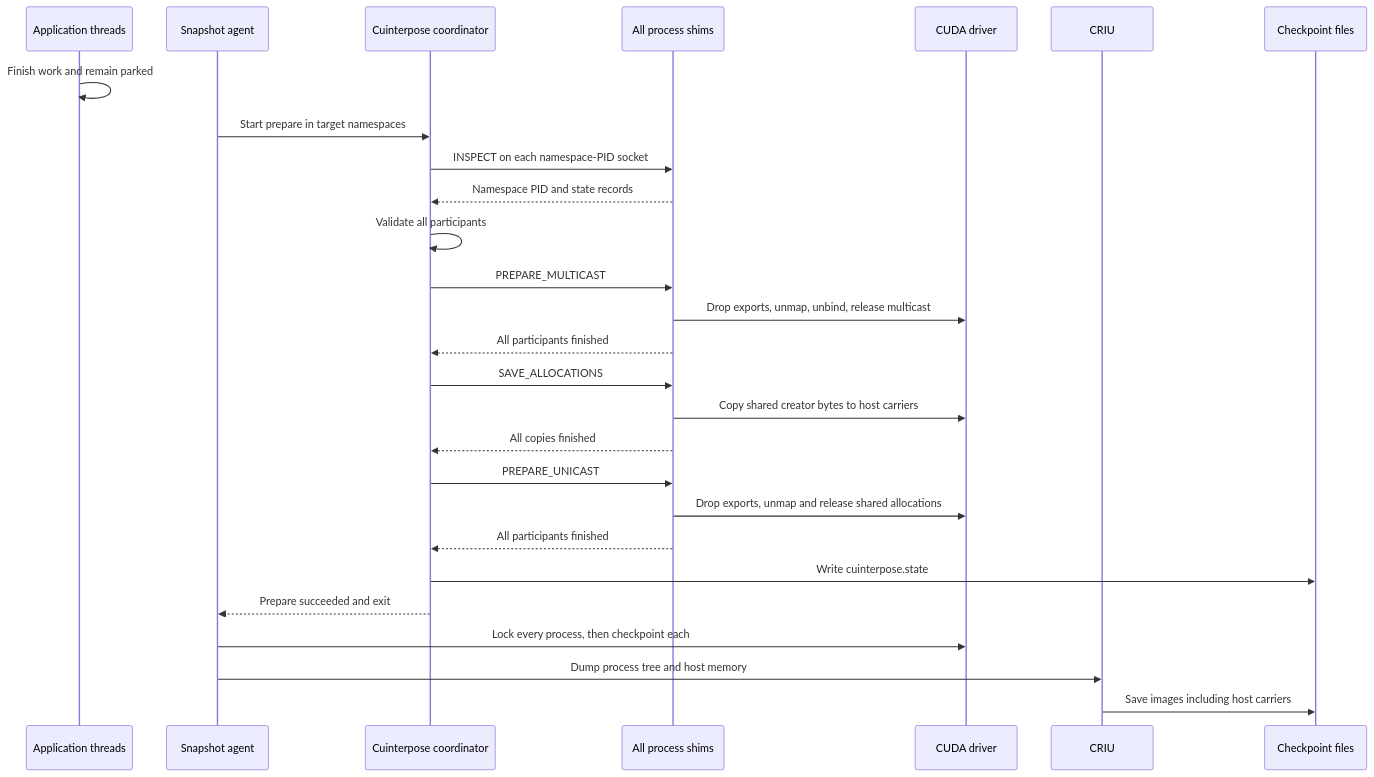
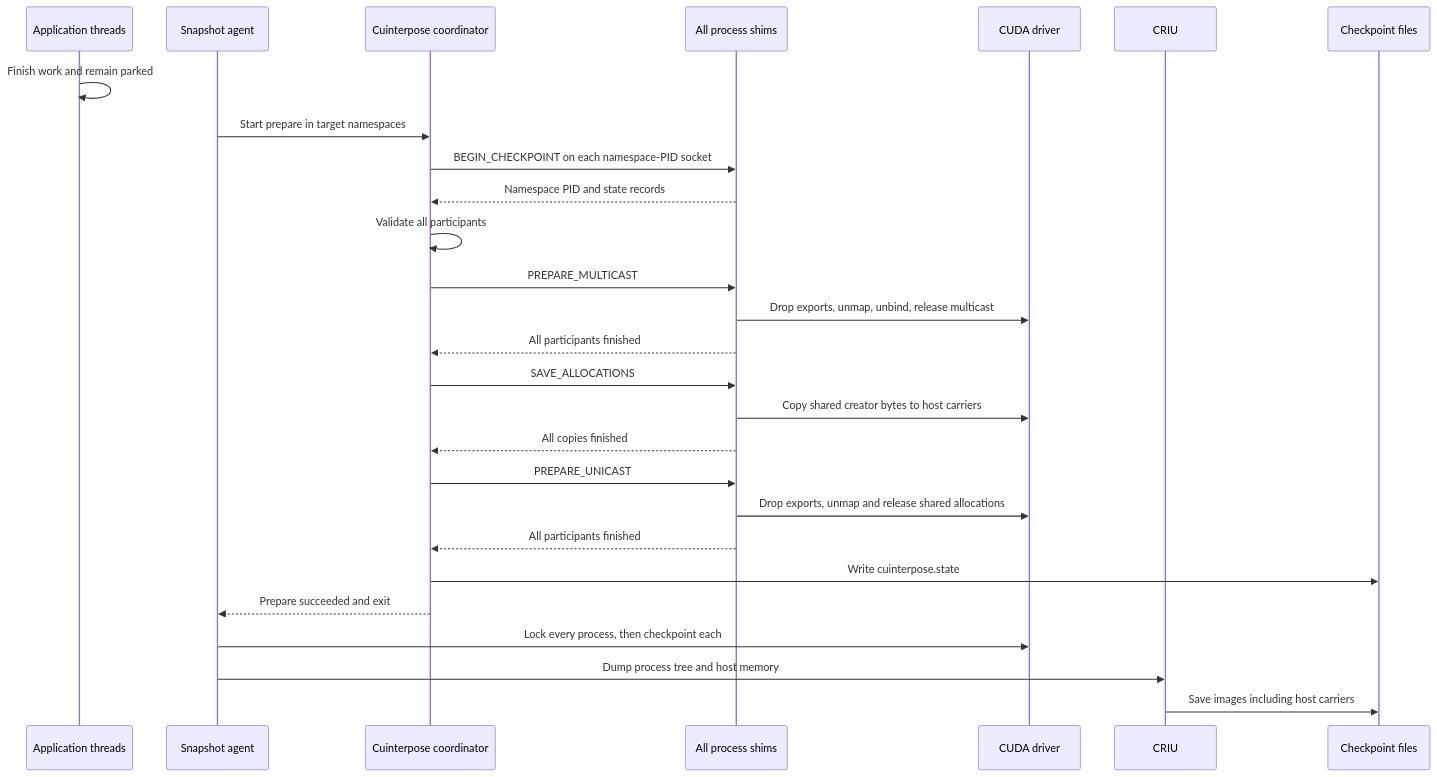
Before and after one commit to ai-dynamo/snapshot: the fourth of 5 diagrams in docs/development/cuinterpose.md, drawn with Mermaid. The commit also changed other lines of this file and 1 other file, not shown here.

Commit message:
docs(cuinterpose): define strict admission and exclusive checkpoint assumptions

````diff
--- a/docs/development/cuinterpose.md
+++ b/docs/development/cuinterpose.md
@@ -383,29 +405,29 @@
 ```mermaid
 sequenceDiagram
     participant App as Application threads
     participant Agent as Snapshot agent
     participant Coord as Cuinterpose coordinator
     participant Shims as All process shims
     participant CUDA as CUDA driver
     participant CRIU as CRIU
     participant Files as Checkpoint files
     App->>App: Finish work and remain parked
     Agent->>Coord: Start prepare in target namespaces
-    Coord->>Shims: INSPECT on each namespace-PID socket
+    Coord->>Shims: BEGIN_CHECKPOINT on each namespace-PID socket
     Shims-->>Coord: Namespace PID and state records
     Coord->>Coord: Validate all participants
     Coord->>Shims: PREPARE_MULTICAST
     Shims->>CUDA: Drop exports, unmap, unbind, release multicast
     Shims-->>Coord: All participants finished
     Coord->>Shims: SAVE_ALLOCATIONS
     Shims->>CUDA: Copy shared creator bytes to host carriers
     Shims-->>Coord: All copies finished
     Coord->>Shims: PREPARE_UNICAST
     Shims->>CUDA: Drop exports, unmap and release shared allocations
     Shims-->>Coord: All participants finished
     Coord->>Files: Write cuinterpose.state
     Coord-->>Agent: Prepare succeeded and exit
     Agent->>CUDA: Lock every process, then checkpoint each
     Agent->>CRIU: Dump process tree and host memory
     CRIU->>Files: Save images including host carriers
 ```
````
